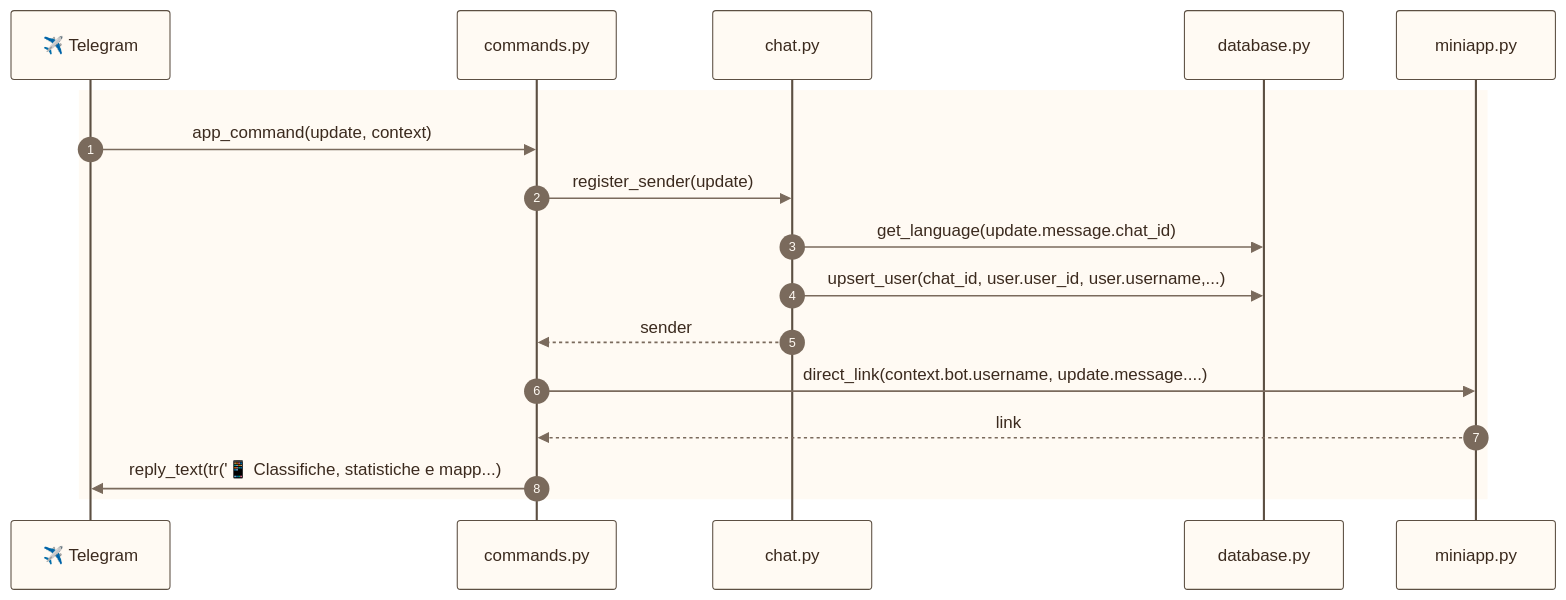
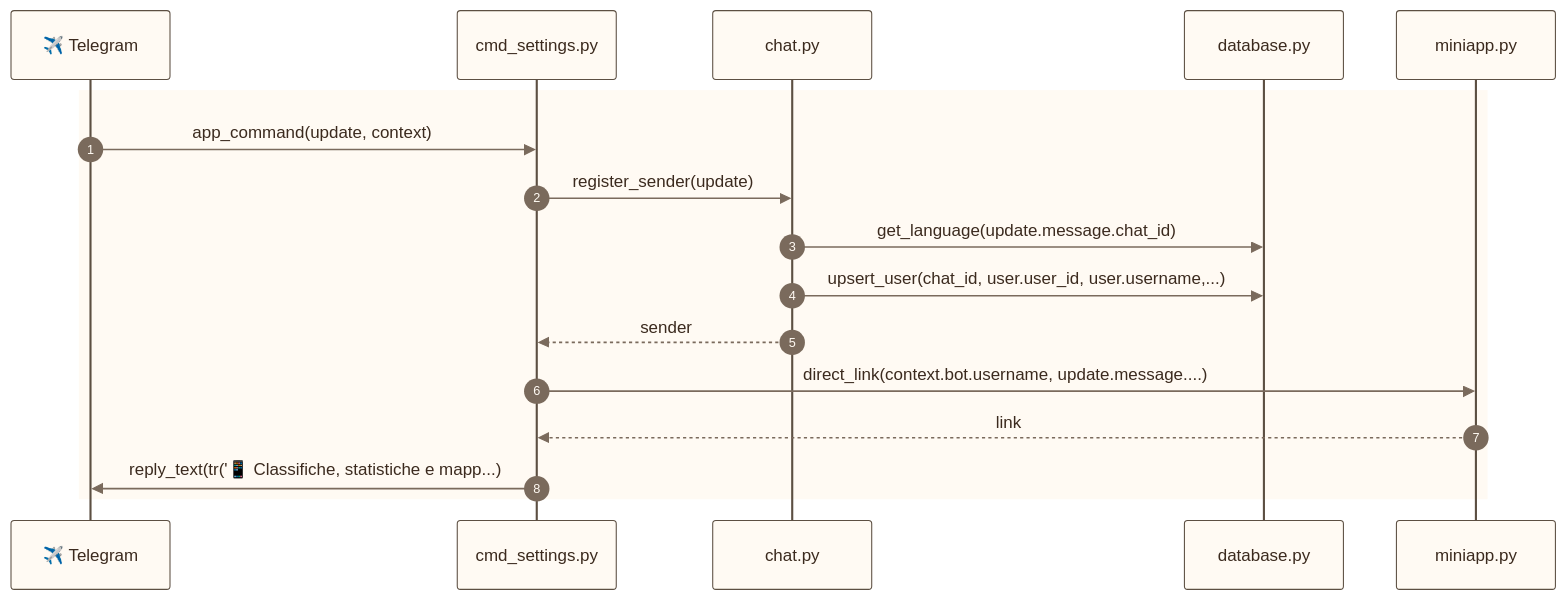
Diagram 18 of 42 in docs/use_cases.md (francescoperrino/Caccometro), drawn with Mermaid before and after one commit. The commit also changed other lines of this file and 30 other files, not shown here.

````diff
--- a/docs/use_cases.md
+++ b/docs/use_cases.md
@@ -1589,50 +1606,50 @@
 ```mermaid
 ---
 config:
   theme: base
   themeVariables:
     fontFamily: "Nunito, Segoe UI, Roboto, sans-serif"
     primaryColor: "#fffaf3"
     primaryTextColor: "#3b2a1e"
     primaryBorderColor: "#eadccb"
     secondaryColor: "#f7ecdc"
     tertiaryColor: "#f3e4d0"
     lineColor: "#7a6a5c"
     textColor: "#3b2a1e"
     edgeLabelBackground: "#fffaf3"
     clusterBkg: "#f3e4d0"
     clusterBorder: "#cbbca9"
     titleColor: "#5c4f42"
     noteBkgColor: "#f7ecdc"
     noteTextColor: "#3b2a1e"
     actorBkg: "#fffaf3"
     actorBorder: "#5c4f42"
     actorTextColor: "#3b2a1e"
     signalColor: "#7a6a5c"
     signalTextColor: "#3b2a1e"
     labelBoxBkgColor: "#f3e4d0"
     loopTextColor: "#3b2a1e"
     sequenceNumberColor: "#fffaf3"
     xyChart:
       plotColorPalette: "#2f4f8f"
 ---
 sequenceDiagram
     accTitle: Sequence diagram, /app
-    accDescr: The calls between the modules in time order, starting from commands.app_command
+    accDescr: The calls between the modules in time order, starting from cmd_settings.app_command
     autonumber
     participant telegram as ✈️ Telegram
-    participant commands as commands.py
+    participant cmd_settings as cmd_settings.py
     participant chat as chat.py
     participant database as database.py
     participant miniapp as miniapp.py
     rect rgb(255, 250, 243)
-        telegram->>commands: app_command(update, context)
-        commands->>chat: register_sender(update)
+        telegram->>cmd_settings: app_command(update, context)
+        cmd_settings->>chat: register_sender(update)
         chat->>database: get_language(update.message.chat_id)
         chat->>database: upsert_user(chat_id, user.user_id, user.username,...)
-        chat-->>commands: sender
-        commands->>miniapp: direct_link(context.bot.username, update.message....)
-        miniapp-->>commands: link
-        commands->>telegram: reply_text(tr('📱 Classifiche, statistiche e mapp...)
+        chat-->>cmd_settings: sender
+        cmd_settings->>miniapp: direct_link(context.bot.username, update.message....)
+        miniapp-->>cmd_settings: link
+        cmd_settings->>telegram: reply_text(tr('📱 Classifiche, statistiche e mapp...)
     end
 ```
````
